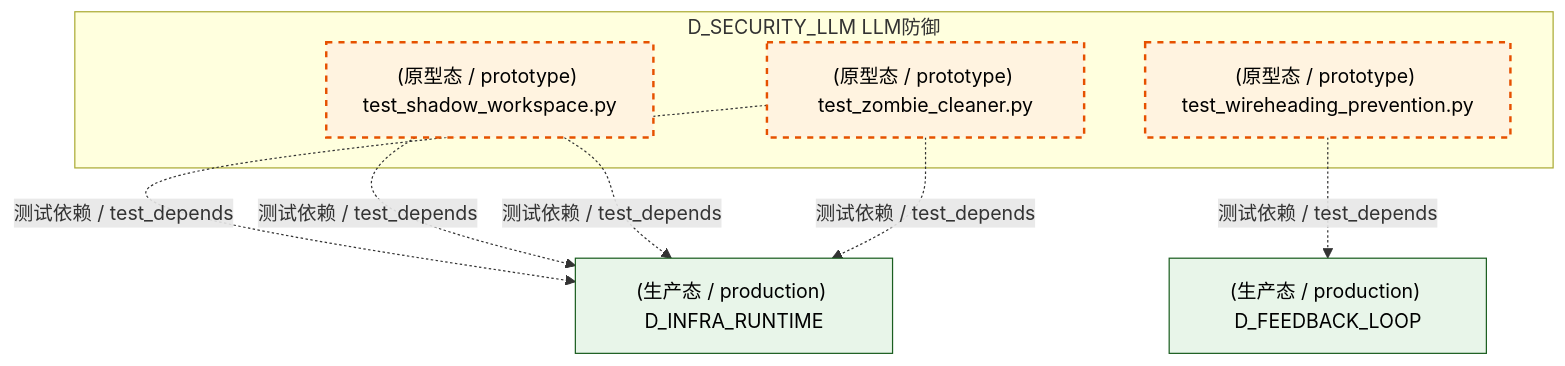
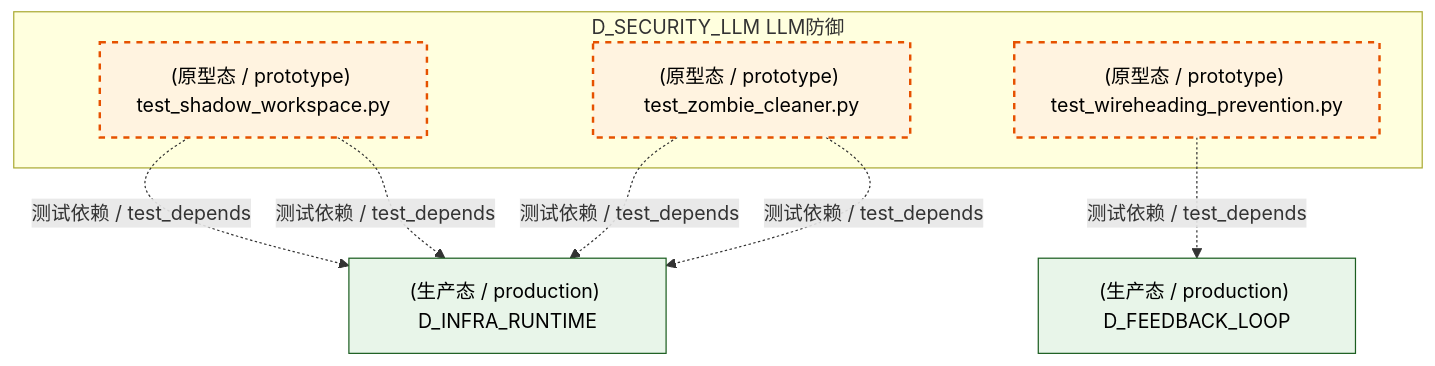
One commit to xuanFelixVan/ZephyrAlpha changed the third of 6 diagrams in docs/02_enterprise_architecture/02_domain_architecture_docs/25_d_security_llm.md. Above: the diagram before and after it, drawn with Mermaid. The commit also changed other lines of this file and 126 other files, not shown here.

````diff
--- a/docs/02_enterprise_architecture/02_domain_architecture_docs/25_d_security_llm.md
+++ b/docs/02_enterprise_architecture/02_domain_architecture_docs/25_d_security_llm.md
@@ -273,21 +272,21 @@
 ```mermaid
 graph TD
     subgraph D_SECURITY_LLM["D_SECURITY_LLM LLM防御"]
         tests_llm_security_test_shadow_workspace_py["(原型态 / prototype) test_shadow_workspace.py"]
         tests_llm_security_test_wireheading_prevention_py["(原型态 / prototype) test_wireheading_prevention.py"]
         tests_llm_security_test_zombie_cleaner_py["(原型态 / prototype) test_zombie_cleaner.py"]
     end
     D_INFRA_RUNTIME["(生产态 / production) D_INFRA_RUNTIME"]
-    tests_llm_security_test_zombie_cleaner_py -.->|测试依赖 / test_depends| D_INFRA_RUNTIME
     tests_llm_security_test_shadow_workspace_py -.->|测试依赖 / test_depends| D_INFRA_RUNTIME
     tests_llm_security_test_shadow_workspace_py -.->|测试依赖 / test_depends| D_INFRA_RUNTIME
+    tests_llm_security_test_zombie_cleaner_py -.->|测试依赖 / test_depends| D_INFRA_RUNTIME
+    tests_llm_security_test_zombie_cleaner_py -.->|测试依赖 / test_depends| D_INFRA_RUNTIME
     D_FEEDBACK_LOOP["(生产态 / production) D_FEEDBACK_LOOP"]
     tests_llm_security_test_wireheading_prevention_py -.->|测试依赖 / test_depends| D_FEEDBACK_LOOP
-    tests_llm_security_test_zombie_cleaner_py -.->|测试依赖 / test_depends| D_INFRA_RUNTIME
     classDef production fill:#e1f5fe,stroke:#01579b,stroke-width:2px,color:#000
     classDef design fill:#fff3e0,stroke:#e65100,stroke-width:2px,color:#000,stroke-dasharray: 5 5
     classDef external_prod fill:#e8f5e9,stroke:#1b5e20,stroke-width:1px,color:#000
     classDef external_design fill:#fce4ec,stroke:#880e4f,stroke-width:1px,color:#000,stroke-dasharray: 5 5
     class tests_llm_security_test_shadow_workspace_py,tests_llm_security_test_wireheading_prevention_py,tests_llm_security_test_zombie_cleaner_py design
     class D_INFRA_RUNTIME,D_FEEDBACK_LOOP external_prod
 ```
````
